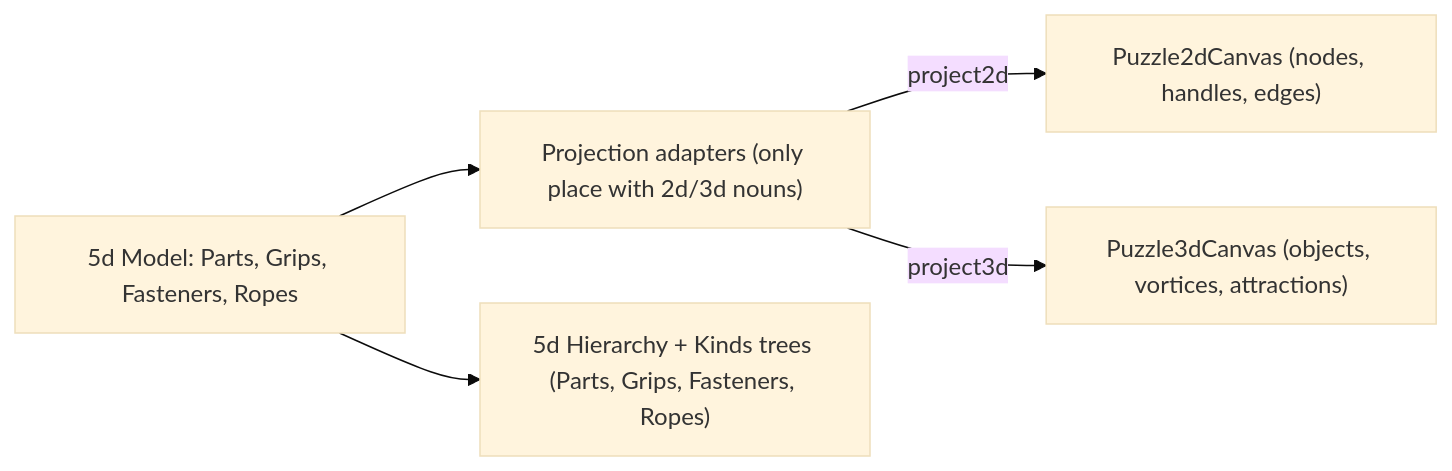
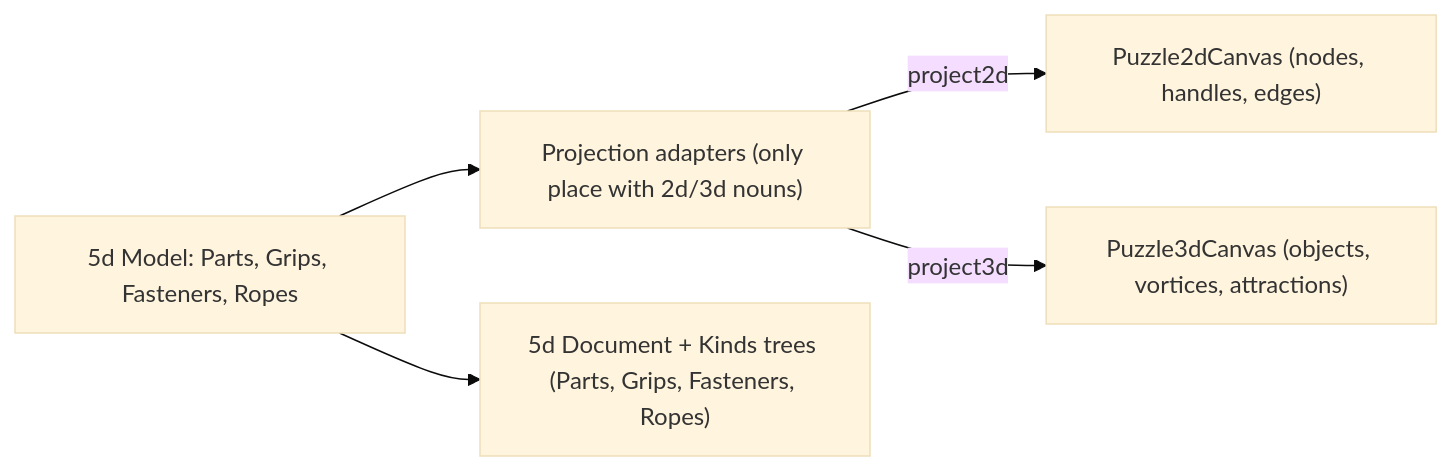
One commit to usalu/semio changed the diagram in .cursor/plans/5d_terminology_decoupling_b99a3678.plan.md. Above: the diagram before and after it, drawn with Mermaid (base theme). The commit also changed other lines of this file and 670 other files, not shown here.

````diff
--- a/.cursor/plans/5d_terminology_decoupling_b99a3678.plan.md
+++ b/.cursor/plans/5d_terminology_decoupling_b99a3678.plan.md
@@ -39,12 +39,12 @@
 ```mermaid
 flowchart LR
   model5d["5d Model: Parts, Grips, Fasteners, Ropes"]
   adapters["Projection adapters (only place with 2d/3d nouns)"]
   canvas2d["Puzzle2dCanvas (nodes, handles, edges)"]
   canvas3d["Puzzle3dCanvas (objects, vortices, attractions)"]
-  tree["5d Hierarchy + Kinds trees (Parts, Grips, Fasteners, Ropes)"]
+  tree["5d Document + Kinds trees (Parts, Grips, Fasteners, Ropes)"]
   model5d --> adapters
   adapters -->|project2d| canvas2d
   adapters -->|project3d| canvas3d
   model5d --> tree
 ```
````
